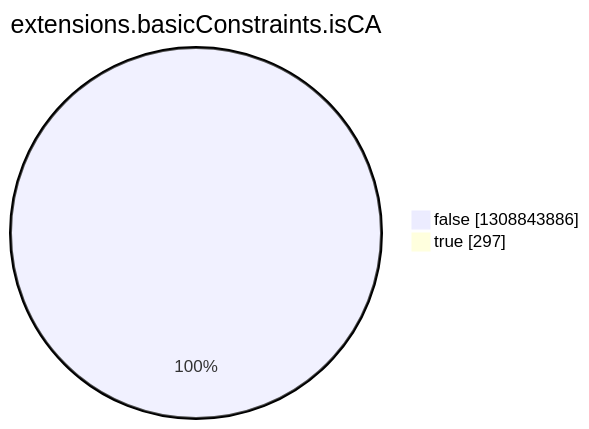
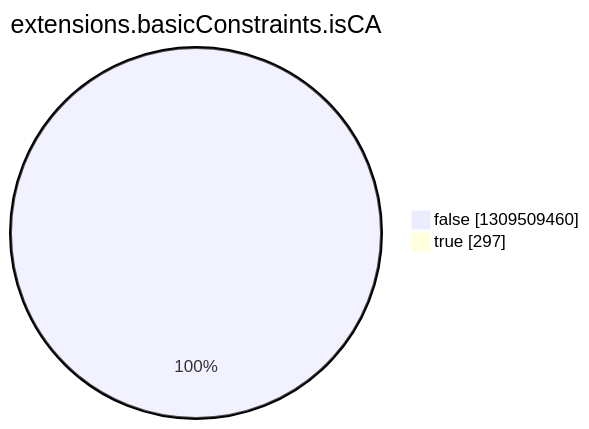
The eighth of 15 diagrams in argon2022/README.md (christiankrug/ctmonitor_visualization), drawn with Mermaid before and after one commit. The commit also changed other lines of this file, not shown here.

````diff
--- a/argon2022/README.md
+++ b/argon2022/README.md
@@ -2757,6 +2757,6 @@
 ```mermaid
 pie showData
 title extensions.basicConstraints.isCA
-"false" :1308843886
+"false" :1309509460
 "true" :297
 ```
````
